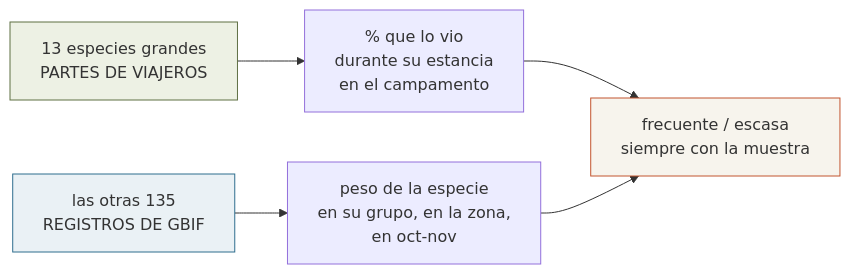
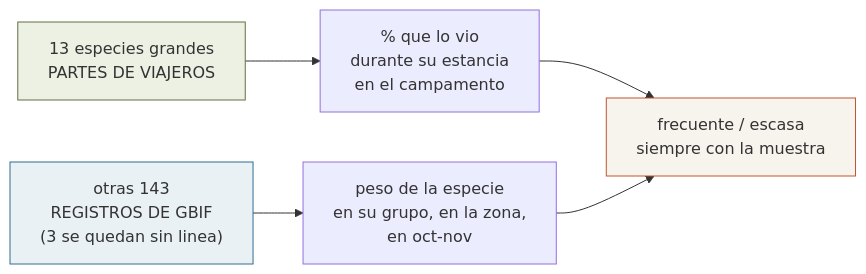
One commit to morandeirachema/namibia changed the first of 2 diagrams in 09-fauna-namibia.md. Above: the diagram before and after it, drawn with Mermaid. The commit also changed other lines of this file and 60 other files, not shown here.

````diff
--- a/09-fauna-namibia.md
+++ b/09-fauna-namibia.md
@@ -62,10 +62,10 @@
 ```mermaid
 flowchart LR
     A["13 especies grandes<br/>PARTES DE VIAJEROS"] --> A1["% que lo vio<br/>durante su estancia<br/>en el campamento"]
-    B["las otras 135<br/>REGISTROS DE GBIF"] --> B1["peso de la especie<br/>en su grupo, en la zona,<br/>en oct-nov"]
+    B["otras 143<br/>REGISTROS DE GBIF<br/>(3 se quedan sin linea)"] --> B1["peso de la especie<br/>en su grupo, en la zona,<br/>en oct-nov"]
     A1 --> C["frecuente / escasa<br/>siempre con la muestra"]
     B1 --> C
     style A fill:#EDF1E4,stroke:#5F7043
     style B fill:#EAF1F5,stroke:#2F6E8E
     style C fill:#F7F4ED,stroke:#C2542F
 ```
````
